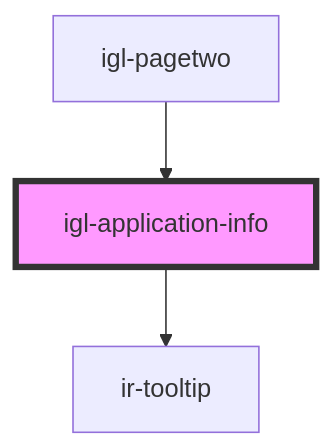
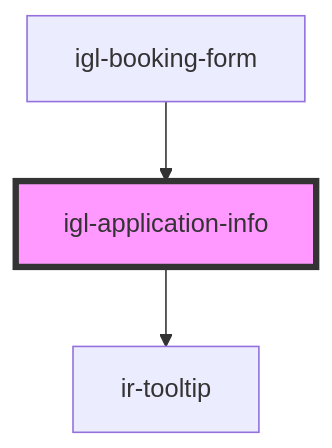
One commit to David1Chowaifaty/modified-ir-webcmp changed the diagram in src/components/igloo-calendar/igl-book-property/igl-booking-form/igl-application-info/readme.md. Above: the diagram before and after it, drawn with Mermaid. The commit also changed other lines of this file and 28 other files, not shown here.

````diff
--- a/src/components/igloo-calendar/igl-book-property/igl-booking-form/igl-application-info/readme.md
+++ b/src/components/igloo-calendar/igl-book-property/igl-booking-form/igl-application-info/readme.md
@@ -43,6 +33,6 @@
 ```mermaid
 graph TD;
   igl-application-info --> ir-tooltip
-  igl-pagetwo --> igl-application-info
+  igl-booking-form --> igl-application-info
   style igl-application-info fill:#f9f,stroke:#333,stroke-width:4px
 ```
````
